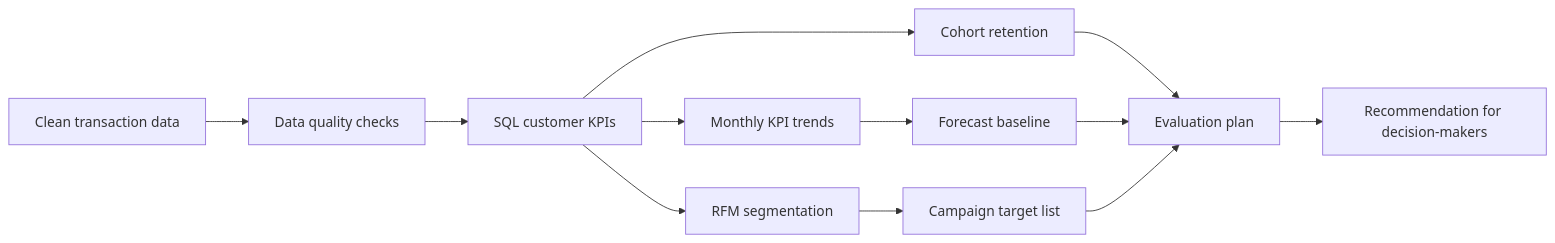
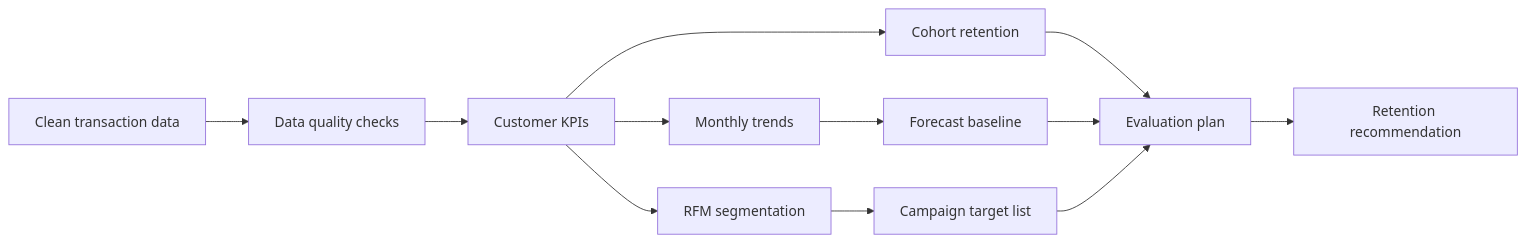
One commit to Kaidxc/customer-retention-sql-dashboard changed the diagram in README.md. Above: the diagram before and after it, drawn with Mermaid. The commit also changed other lines of this file, not shown here.

Commit message:
Rewrite README as retention analysis narrative

````diff
--- a/README.md
+++ b/README.md
@@ -142,14 +129,14 @@
 ```mermaid
 flowchart LR
     A[Clean transaction data] --> B[Data quality checks]
-    B --> C[SQL customer KPIs]
+    B --> C[Customer KPIs]
     C --> D[RFM segmentation]
     C --> E[Cohort retention]
-    C --> F[Monthly KPI trends]
+    C --> F[Monthly trends]
     F --> G[Forecast baseline]
     D --> H[Campaign target list]
     E --> I[Evaluation plan]
     G --> I
     H --> I
-    I --> J[Recommendation for decision-makers]
+    I --> J[Retention recommendation]
 ```
````
